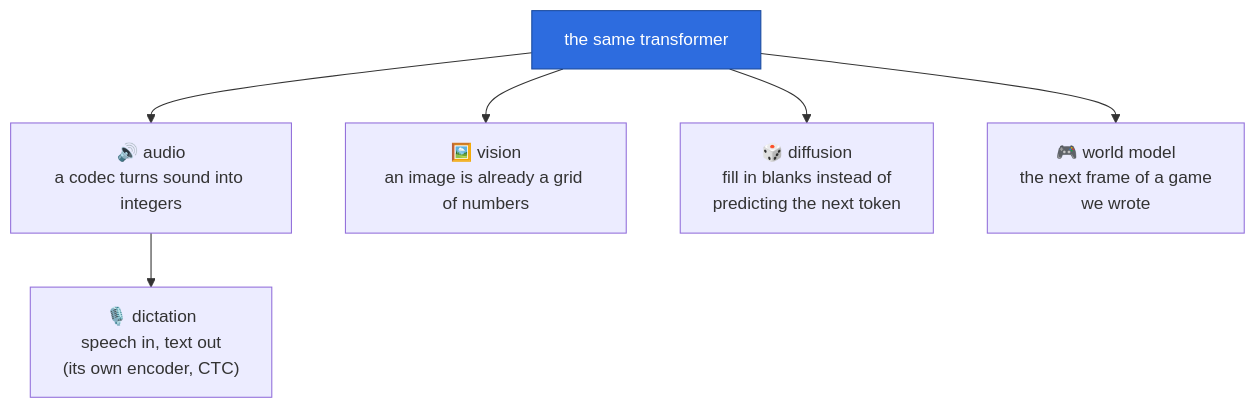
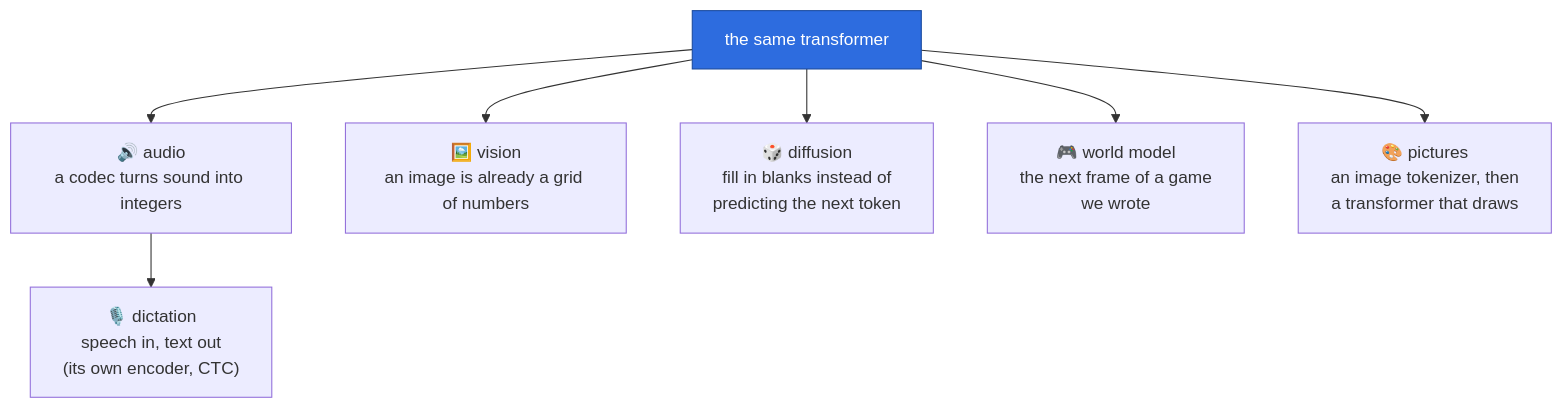
One commit to kunwarmahen/aksharallm changed the sixth of 7 diagrams in docs/01-journeys.md. Above: the diagram before and after it, drawn with Mermaid. The commit also changed other lines of this file and 47 other files, not shown here.

````diff
--- a/docs/01-journeys.md
+++ b/docs/01-journeys.md
@@ -639,10 +660,11 @@
 ```mermaid
 flowchart TD
     T["the same transformer"] --> A["🔊 audio<br/>a codec turns sound into integers"]
     T --> V["🖼️ vision<br/>an image is already a grid of numbers"]
     A --> R["🎙️ dictation<br/>speech in, text out<br/>(its own encoder, CTC)"]
     T --> D["🎲 diffusion<br/>fill in blanks instead of<br/>predicting the next token"]
     T --> W["🎮 world model<br/>the next frame of a game<br/>we wrote"]
+    T --> P["🎨 pictures<br/>an image tokenizer, then<br/>a transformer that draws"]
     classDef s fill:#2d6cdf,stroke:#1a4a9e,color:#fff
     class T s
 ```
````
